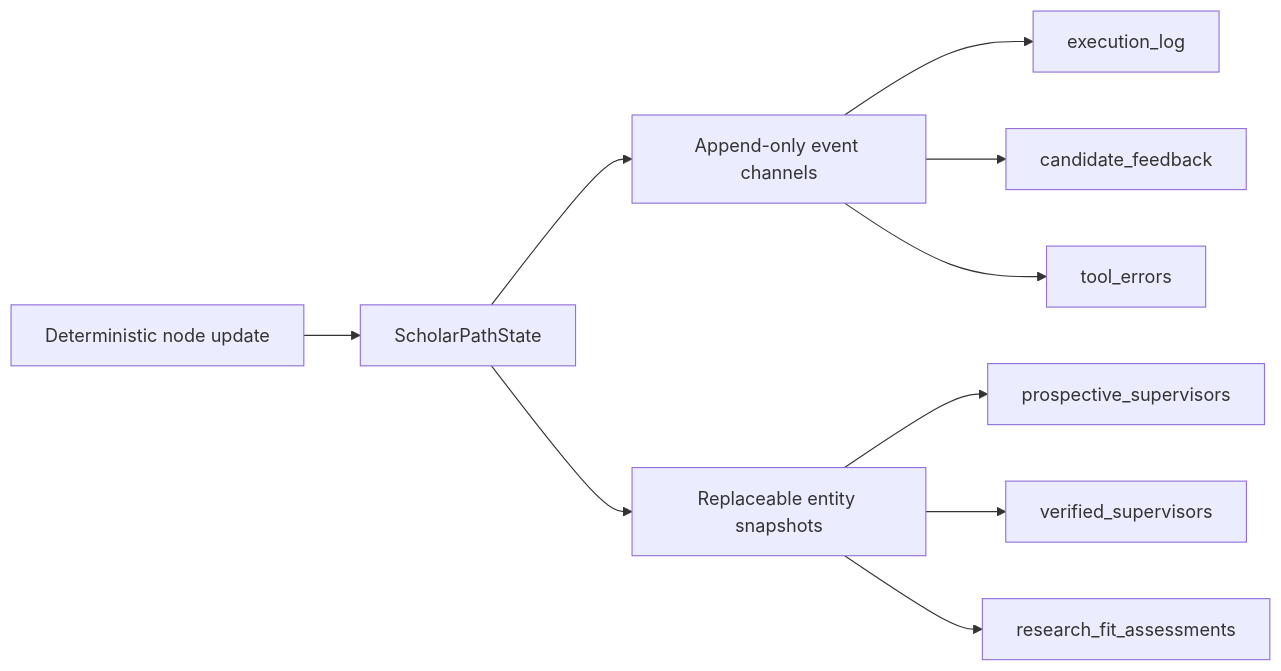
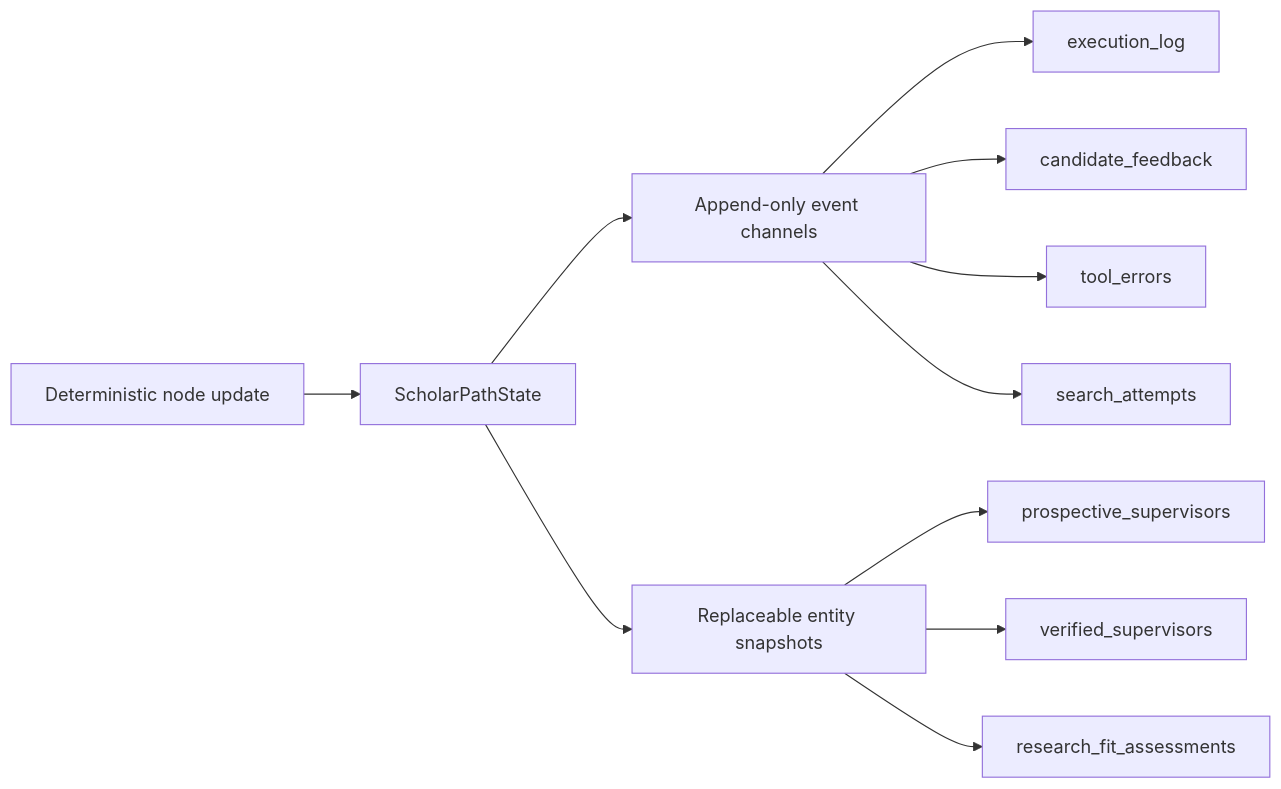
The eighth of 14 diagrams in projects/scholar-path/docs/architecture.md (shanly-rajan/ai-builder), drawn with Mermaid before and after one commit. The commit also changed other lines of this file and 35 other files, not shown here.

````diff
--- a/projects/scholar-path/docs/architecture.md
+++ b/projects/scholar-path/docs/architecture.md
@@ -184,12 +234,13 @@
 ```mermaid
 flowchart LR
     N[Deterministic node update] --> STATE[ScholarPathState]
     STATE --> EVENTS[Append-only event channels]
     STATE --> SNAPSHOTS[Replaceable entity snapshots]
     EVENTS --> LOG[execution_log]
     EVENTS --> FEEDBACK[candidate_feedback]
     EVENTS --> ERRORS[tool_errors]
+    EVENTS --> ATTEMPTS[search_attempts]
     SNAPSHOTS --> PROSPECTIVE[prospective_supervisors]
     SNAPSHOTS --> VERIFIED[verified_supervisors]
     SNAPSHOTS --> FIT[research_fit_assessments]
 ```
````
